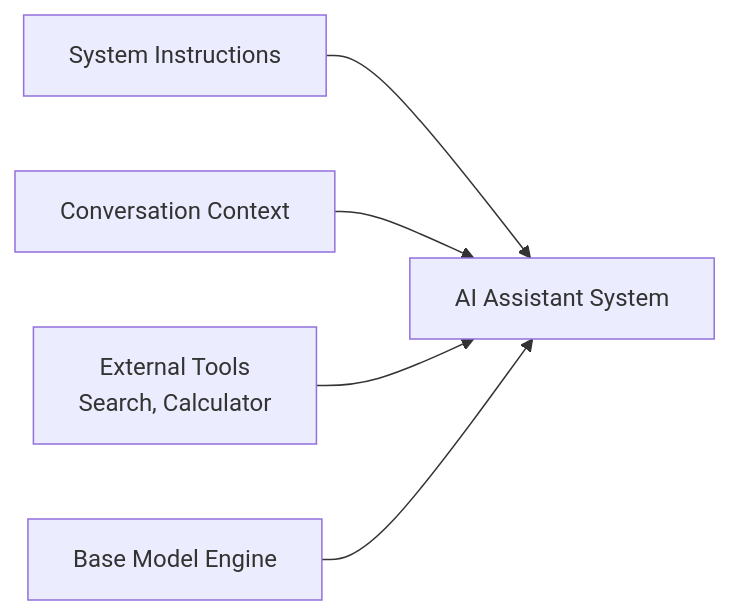
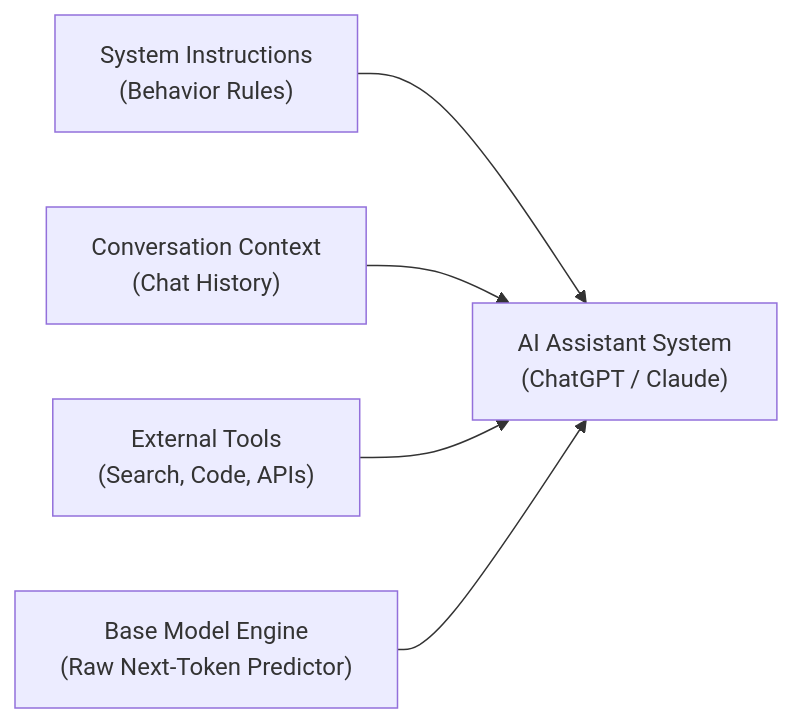
Before and after one commit to Nishant8826/theory-leaning: the second of 3 diagrams in Nameste-AI/Season_01/02_Does_ChatGPT_Know_or_Does_It_Guess.md, drawn with Mermaid. The commit also changed other lines of this file and 8 other files, not shown here.

````diff
--- a/Nameste-AI/Season_01/02_Does_ChatGPT_Know_or_Does_It_Guess.md
+++ b/Nameste-AI/Season_01/02_Does_ChatGPT_Know_or_Does_It_Guess.md
@@ -183,7 +208,7 @@
 ```mermaid
 flowchart LR
-    A[System Instructions] --> D[AI Assistant System]
-    B[Conversation Context] --> D
-    C[External Tools\nSearch, Calculator] --> D
-    E[Base Model Engine] --> D
+    A["System Instructions\n(Behavior Rules)"] --> D["AI Assistant System\n(ChatGPT / Claude)"]
+    B["Conversation Context\n(Chat History)"] --> D
+    C["External Tools\n(Search, Code, APIs)"] --> D
+    E["Base Model Engine\n(Raw Next-Token Predictor)"] --> D
 ```
````
